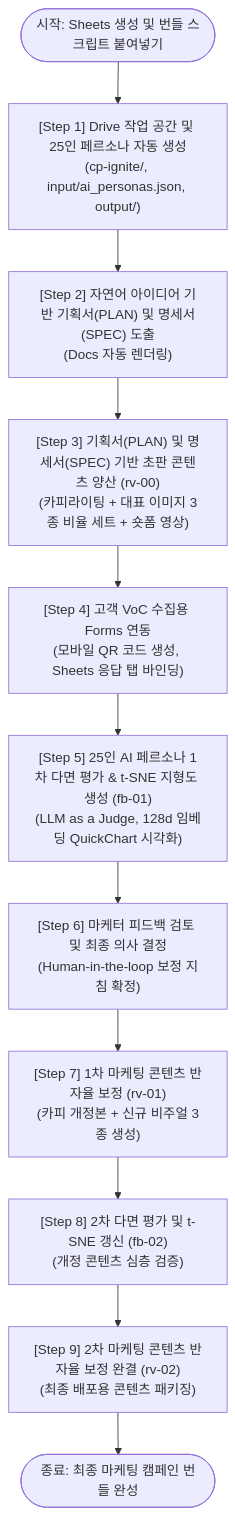
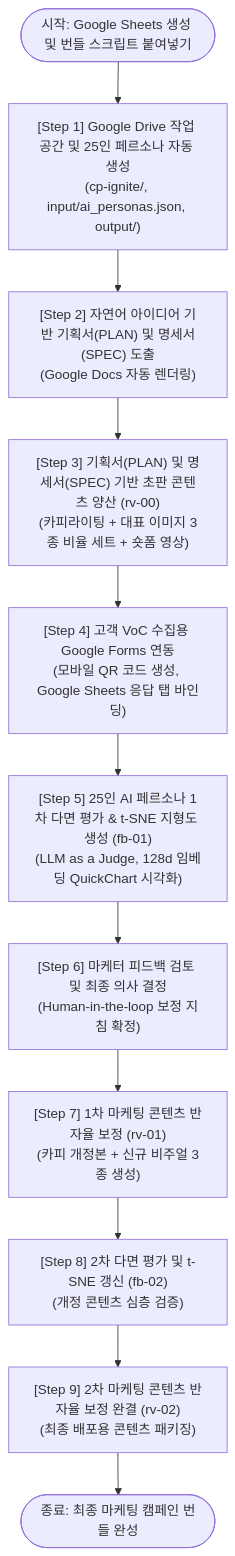
One commit to jiangjun-forge/google-cloud-0-to-1 changed the diagram in samples/drive-marketing-content-pipeline/README.md. Above: the diagram before and after it, drawn with Mermaid. The commit also changed other lines of this file and 4 other files, not shown here.

````diff
--- a/samples/drive-marketing-content-pipeline/README.md
+++ b/samples/drive-marketing-content-pipeline/README.md
@@ -38,13 +38,13 @@
 ```mermaid
 flowchart TD
-    Start(["시작: Sheets 생성 및 번들 스크립트 붙여넣기"]) --> Step1["[Step 1] Drive 작업 공간 및 25인 페르소나 자동 생성<br/>(cp-ignite/, input/ai_personas.json, output/)"]
-    Step1 --> Step2["[Step 2] 자연어 아이디어 기반 기획서(PLAN) 및 명세서(SPEC) 도출<br/>(Docs 자동 렌더링)"]
+    Start(["시작: Google Sheets 생성 및 번들 스크립트 붙여넣기"]) --> Step1["[Step 1] Google Drive 작업 공간 및 25인 페르소나 자동 생성<br/>(cp-ignite/, input/ai_personas.json, output/)"]
+    Step1 --> Step2["[Step 2] 자연어 아이디어 기반 기획서(PLAN) 및 명세서(SPEC) 도출<br/>(Google Docs 자동 렌더링)"]
     Step2 --> Step3["[Step 3] 기획서(PLAN) 및 명세서(SPEC) 기반 초판 콘텐츠 양산 (rv-00)<br/>(카피라이팅 + 대표 이미지 3종 비율 세트 + 숏폼 영상)"]
-    Step3 --> Step4["[Step 4] 고객 VoC 수집용 Forms 연동<br/>(모바일 QR 코드 생성, Sheets 응답 탭 바인딩)"]
+    Step3 --> Step4["[Step 4] 고객 VoC 수집용 Google Forms 연동<br/>(모바일 QR 코드 생성, Google Sheets 응답 탭 바인딩)"]
     Step4 --> Step5["[Step 5] 25인 AI 페르소나 1차 다면 평가 & t-SNE 지형도 생성 (fb-01)<br/>(LLM as a Judge, 128d 임베딩 QuickChart 시각화)"]
     Step5 --> Step6["[Step 6] 마케터 피드백 검토 및 최종 의사 결정<br/>(Human-in-the-loop 보정 지침 확정)"]
     Step6 --> Step7["[Step 7] 1차 마케팅 콘텐츠 반자율 보정 (rv-01)<br/>(카피 개정본 + 신규 비주얼 3종 생성)"]
     Step7 --> Step8["[Step 8] 2차 다면 평가 및 t-SNE 갱신 (fb-02)<br/>(개정 콘텐츠 심층 검증)"]
     Step8 --> Step9["[Step 9] 2차 마케팅 콘텐츠 반자율 보정 완결 (rv-02)<br/>(최종 배포용 콘텐츠 패키징)"]
     Step9 --> End(["종료: 최종 마케팅 캠페인 번들 완성"])
 ```
````
